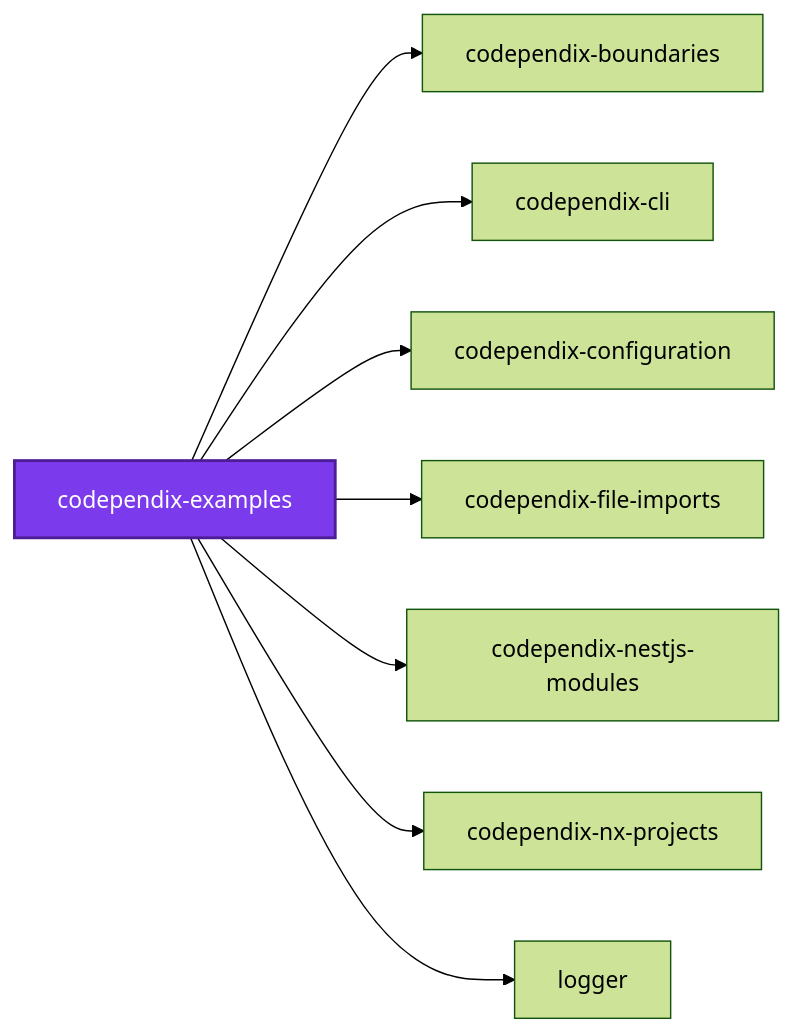
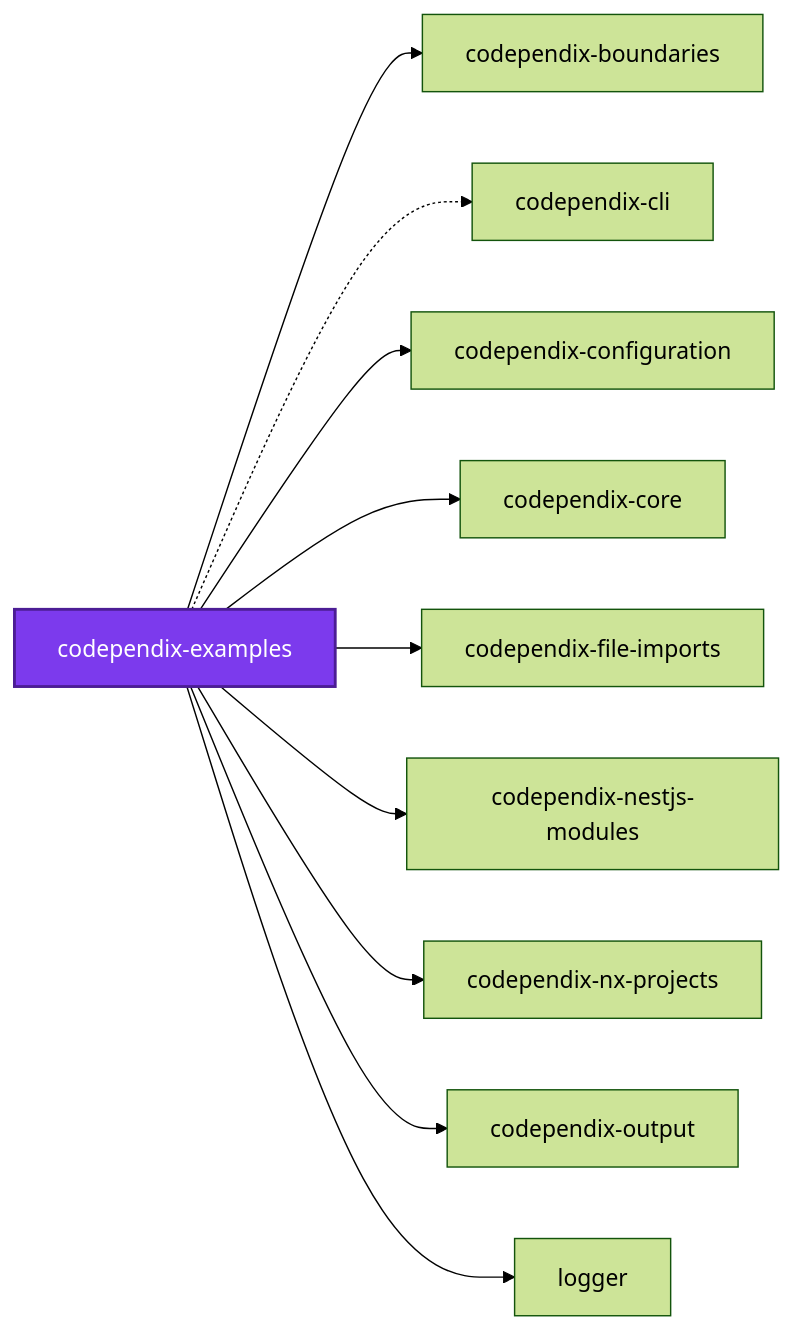
The first of 2 diagrams in packages/ic-suite/codependix/codependix-examples/README.md (JimmyPaolini/codebase), drawn with Mermaid (forest theme) before and after one commit. The commit also changed other lines of this file and 16 other files, not shown here.

Commit message:
refactor(codependix): ♻️ measure the moved size limits and regenerate the module graphs

````diff
--- a/packages/ic-suite/codependix/codependix-examples/README.md
+++ b/packages/ic-suite/codependix/codependix-examples/README.md
@@ -193,20 +193,24 @@
 ```mermaid
 graph LR
   codependix_boundaries["codependix-boundaries"]
   codependix_cli["codependix-cli"]
   codependix_configuration["codependix-configuration"]
+  codependix_core["codependix-core"]
   codependix_examples["codependix-examples"]
   codependix_file_imports["codependix-file-imports"]
   codependix_nestjs_modules["codependix-nestjs-modules"]
   codependix_nx_projects["codependix-nx-projects"]
+  codependix_output["codependix-output"]
   logger["logger"]
   codependix_examples --> codependix_boundaries
-  codependix_examples --> codependix_cli
+  codependix_examples -.-> codependix_cli
   codependix_examples --> codependix_configuration
+  codependix_examples --> codependix_core
   codependix_examples --> codependix_file_imports
   codependix_examples --> codependix_nestjs_modules
   codependix_examples --> codependix_nx_projects
+  codependix_examples --> codependix_output
   codependix_examples --> logger
   classDef subject fill:#7c3aed,color:#fff,stroke:#4c1d95,stroke-width:2px
   class codependix_examples subject
 ```
````
